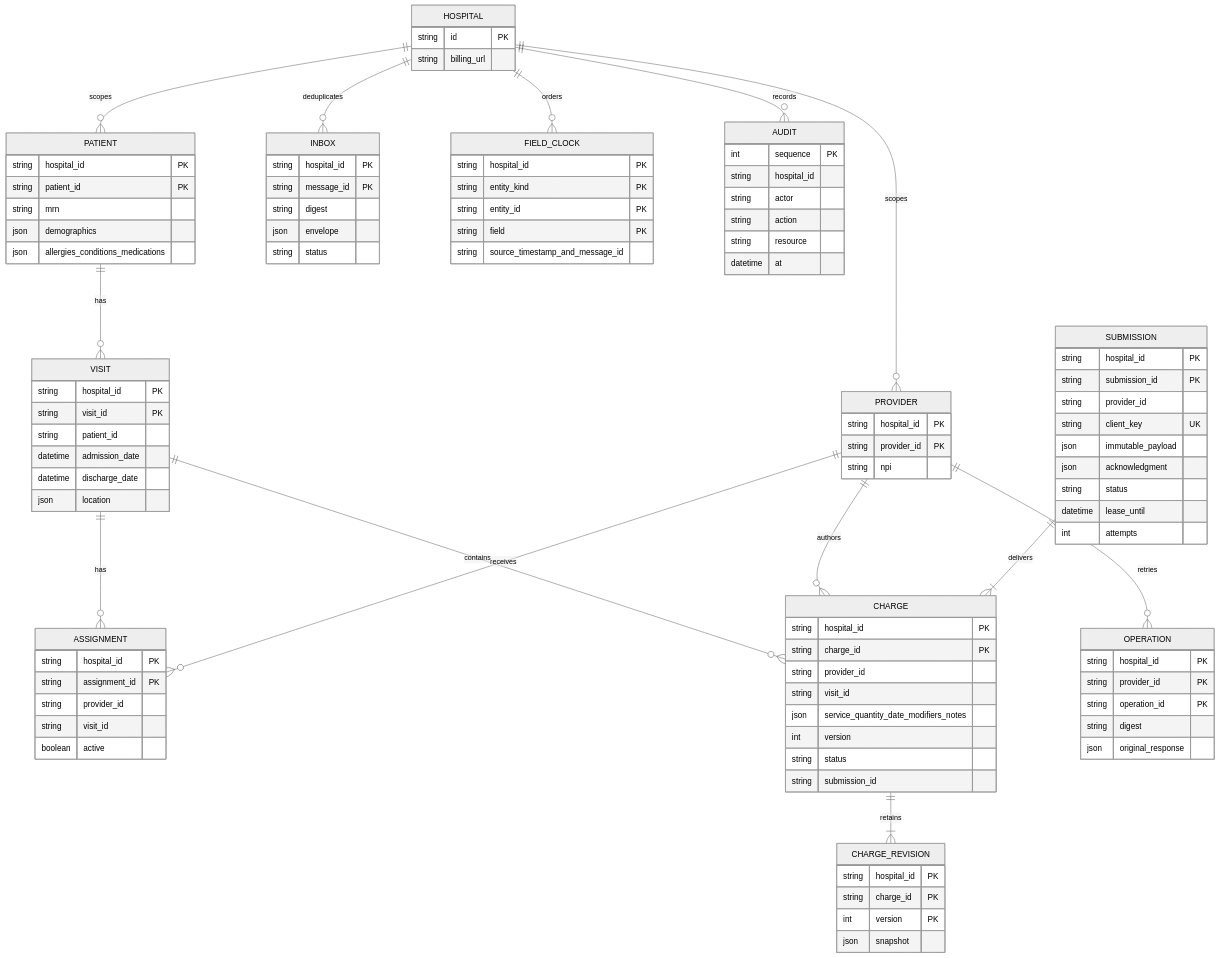
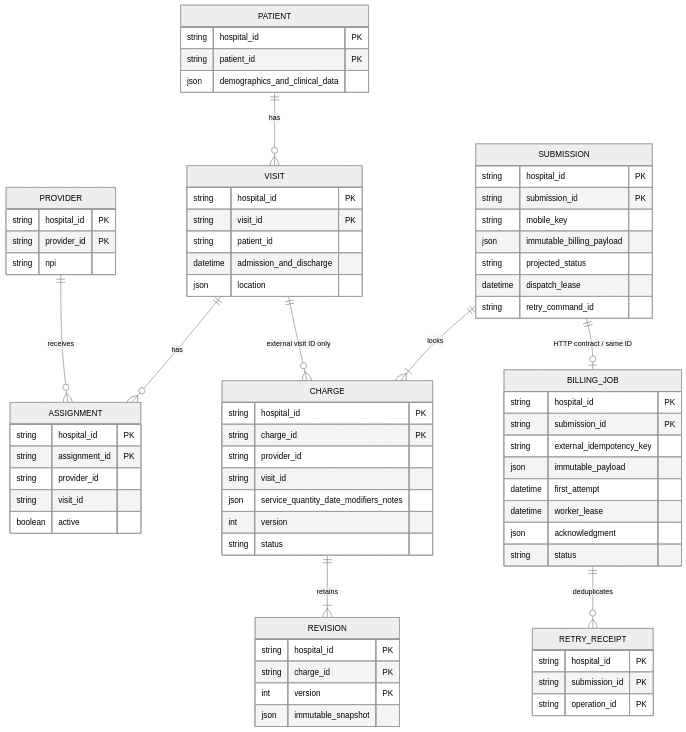
Before and after one commit to reachkarun/hospital: the second of 2 diagrams in docs/ARCHITECTURE.md, drawn with Mermaid (neutral theme). The commit also changed other lines of this file and 93 other files, not shown here.

````diff
--- a/docs/ARCHITECTURE.md
+++ b/docs/ARCHITECTURE.md
@@ -35,103 +48,74 @@
 ```mermaid
 erDiagram
-    HOSPITAL ||--o{ PATIENT : scopes
-    HOSPITAL ||--o{ PROVIDER : scopes
     PATIENT ||--o{ VISIT : has
+    PROVIDER ||--o{ ASSIGNMENT : receives
     VISIT ||--o{ ASSIGNMENT : has
-    PROVIDER ||--o{ ASSIGNMENT : receives
-    VISIT ||--o{ CHARGE : contains
-    PROVIDER ||--o{ CHARGE : authors
-    CHARGE ||--|{ CHARGE_REVISION : retains
-    SUBMISSION ||--|{ CHARGE : delivers
-    HOSPITAL ||--o{ INBOX : deduplicates
-    HOSPITAL ||--o{ FIELD_CLOCK : orders
-    PROVIDER ||--o{ OPERATION : retries
-    HOSPITAL ||--o{ AUDIT : records
-    HOSPITAL {
-        string id PK
-        string billing_url
+    VISIT ||--o{ CHARGE : "external visit ID only"
+    CHARGE ||--|{ REVISION : retains
+    SUBMISSION ||--|{ CHARGE : locks
+    SUBMISSION ||--o| BILLING_JOB : "HTTP contract / same ID"
+    BILLING_JOB ||--o{ RETRY_RECEIPT : deduplicates
+    PATIENT {
+      string hospital_id PK
+      string patient_id PK
+      json demographics_and_clinical_data
     }
-    PATIENT {
-        string hospital_id PK
-        string patient_id PK
-        string mrn
-        json demographics
-        json allergies_conditions_medications
+    VISIT {
+      string hospital_id PK
+      string visit_id PK
+      string patient_id
+      datetime admission_and_discharge
+      json location
     }
     PROVIDER {
-        string hospital_id PK
-        string provider_id PK
-        string npi
-    }
-    VISIT {
-        string hospital_id PK
-        string visit_id PK
-        string patient_id
-        datetime admission_date
-        datetime discharge_date
-        json location
+      string hospital_id PK
+      string provider_id PK
+      string npi
     }
     ASSIGNMENT {
-        string hospital_id PK
-        string assignment_id PK
-        string provider_id
-        string visit_id
-        boolean active
+      string hospital_id PK
+      string assignment_id PK
+      string provider_id
+      string visit_id
+      boolean active
     }
     CHARGE {
-        string hospital_id PK
-        string charge_id PK
-        string provider_id
-        string visit_id
-        json service_quantity_date_modifiers_notes
-        int version
-        string status
-        string submission_id
+      string hospital_id PK
+      string charge_id PK
+      string provider_id
+      string visit_id
+      json service_quantity_date_modifiers_notes
+      int version
+      string status
     }
-    CHARGE_REVISION {
-        string hospital_id PK
-        string charge_id PK
-        int version PK
-        json snapshot
+    REVISION {
+      string hospital_id PK
+      string charge_id PK
+      int version PK
+      json immutable_snapshot
     }
     SUBMISSION {
-        string hospital_id PK
-        string submission_id PK
-        string provider_id
-        string client_key UK
-        json immutable_payload
-        json acknowledgment
-        string status
-        datetime lease_until
-        int attempts
+      string hospital_id PK
+      string submission_id PK
+      string mobile_key
+      json immutable_billing_payload
+      string projected_status
+      datetime dispatch_lease
+      string retry_command_id
     }
-    INBOX {
-        string hospital_id PK
-        string message_id PK
-        string digest
-        json envelope
-        string status
+    BILLING_JOB {
+      string hospital_id PK
+      string submission_id PK
+      string external_idempotency_key
+      json immutable_payload
+      datetime first_attempt
+      datetime worker_lease
+      json acknowledgment
+      string status
     }
-    FIELD_CLOCK {
-        string hospital_id PK
-        string entity_kind PK
-        string entity_id PK
-        string field PK
-        string source_timestamp_and_message_id
-    }
-    OPERATION {
-        string hospital_id PK
-        string provider_id PK
-        string operation_id PK
-        string digest
-        json original_response
-    }
-    AUDIT {
-        int sequence PK
-        string hospital_id
-        string actor
-        string action
-        string resource
-        datetime at
+    RETRY_RECEIPT {
+      string hospital_id PK
+      string submission_id PK
+      string operation_id PK
     }
 ```
````
